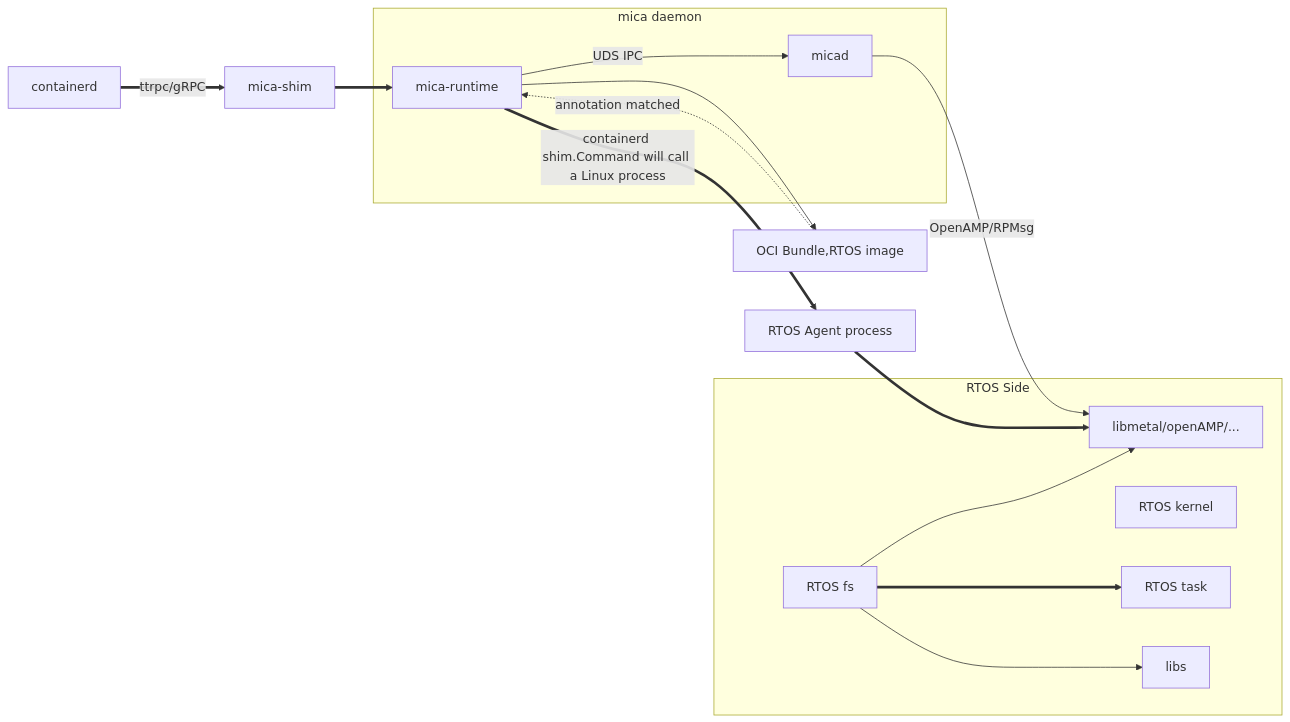
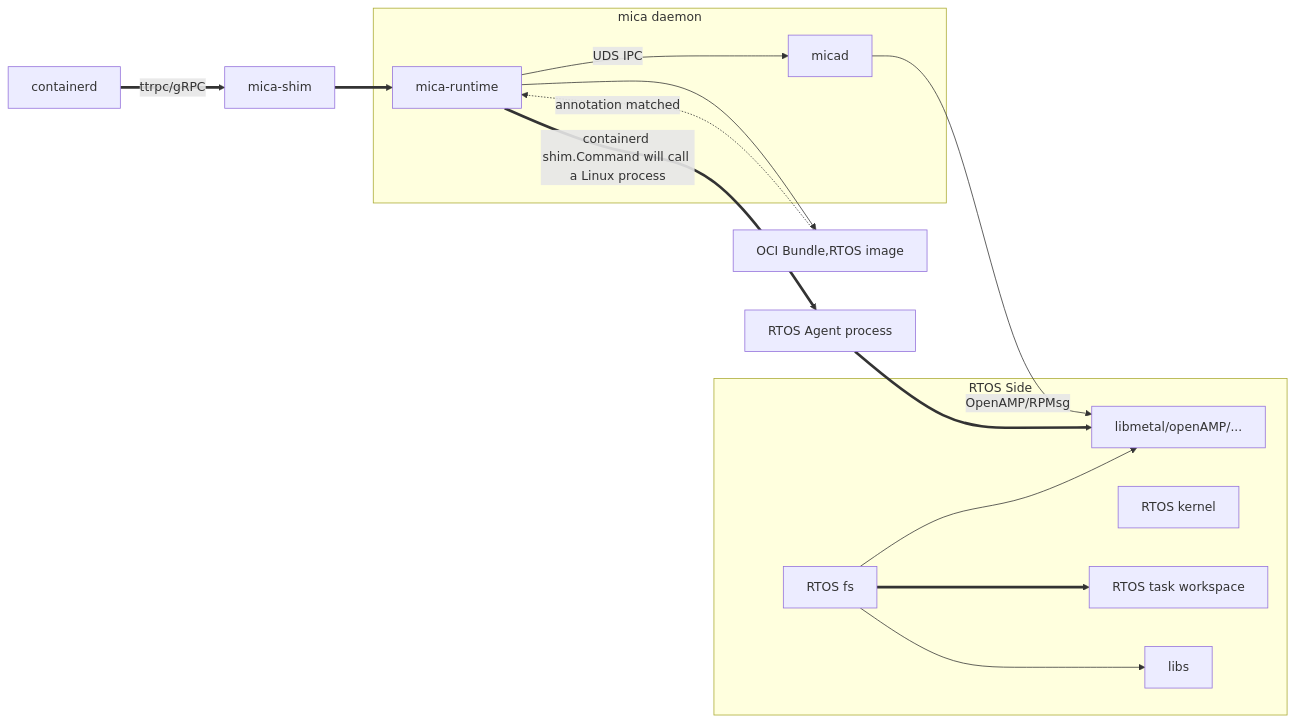
One commit to Egg12138/iodraw-files changed the diagram in all/未命名.md. Above: the diagram before and after it, drawn with Mermaid.

Commit message:
2025-06-23 09:21:02 update

````diff
--- a/all/未命名.md
+++ b/all/未命名.md
@@ -1,25 +1,25 @@
 ```mermaid
 
 graph LR
     CD[containerd] ==>|ttrpc/gRPC| S
     S[mica-shim] ==> MR
     MR[mica-runtime] -->|UDS IPC| A[micad]
     MR -->C[OCI Bundle,RTOS image]
     MR ==>|containerd shim.Command will call a Linux process|AG[RTOS Agent process]
     A -->|OpenAMP/RPMsg| B[RTOS Remote Core]
     C -.->|annotation matched| MR
     AG ==>B
     subgraph RTOS Side
         K[RTOS kernel]
         B[libmetal/openAMP/...]
         D[RTOS fs] ==> E
         D --> L[libs]
         D --> B
-        E[RTOS task ]
+        E[RTOS task workspace]
     end
     subgraph mica daemon
         A
         MR
     end
 
 ```
````
